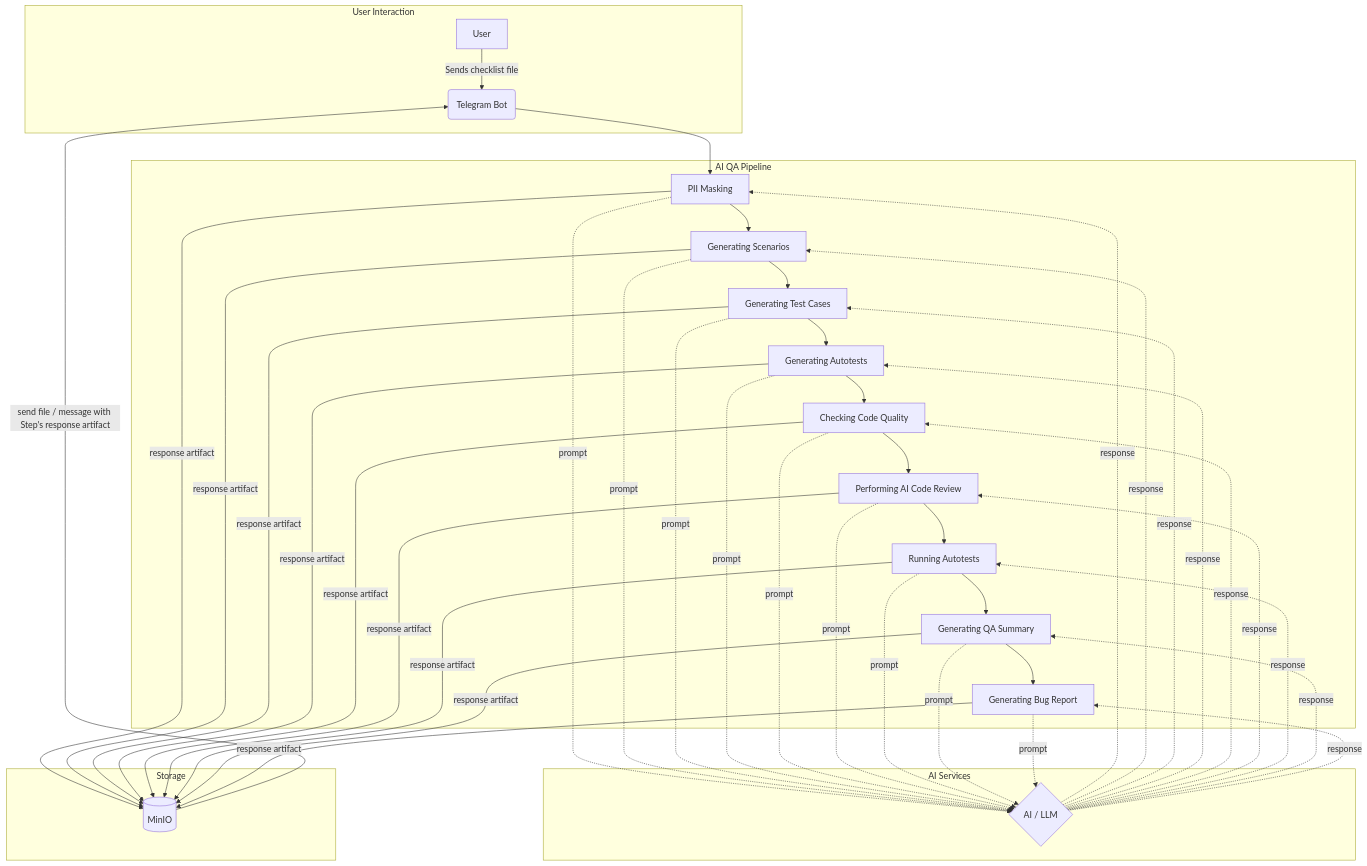
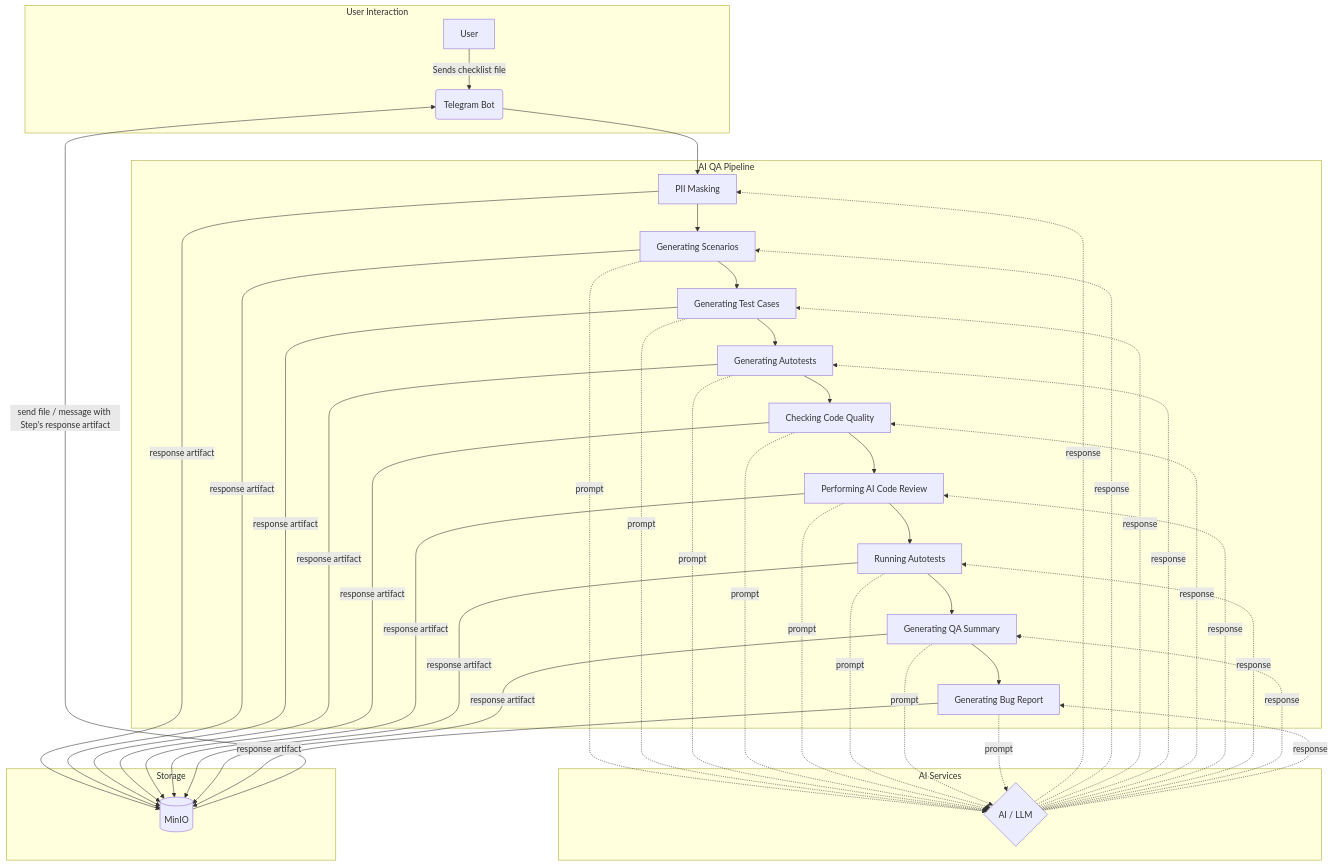
One commit to Gellershtein/chatops_ai_qa_pipeline changed the diagram in README.md. Above: the diagram before and after it, drawn with Mermaid.

````diff
--- a/README.md
+++ b/README.md
@@ -9,66 +9,65 @@
 ```mermaid
 graph TD
     subgraph User Interaction
         A[User] -->|Sends checklist file| B(Telegram Bot)
     end
 
     subgraph AI QA Pipeline
         D[PII Masking]
         E[Generating Scenarios]
         F[Generating Test Cases]
         G[Generating Autotests]
         H[Checking Code Quality]
         I[Performing AI Code Review]
         J[Running Autotests]
         K[Generating QA Summary]
         L[Generating Bug Report]
     end
 
     subgraph AI Services
         C{AI / LLM}
     end
 
     subgraph Storage
         M[(MinIO)]
     end
 
     %% Pipeline control flow
     B --> D
     D --> E --> F --> G --> H --> I --> J --> K --> L
 
     %% Each step uses LLM
-    D -.->|prompt| C
     E -.->|prompt| C
     F -.->|prompt| C
     G -.->|prompt| C
     H -.->|prompt| C
     I -.->|prompt| C
     J -.->|prompt| C
     K -.->|prompt| C
     L -.->|prompt| C
 
     C -.->|response| D
     C -.->|response| E
     C -.->|response| F
     C -.->|response| G
     C -.->|response| H
     C -.->|response| I
     C -.->|response| J
     C -.->|response| K
     C -.->|response| L
 
     %% Artifact persistence per step
     D -->|response artifact| M
     E -->|response artifact| M
     F -->|response artifact| M
     G -->|response artifact| M
     H -->|response artifact| M
     I -->|response artifact| M
     J -->|response artifact| M
     K -->|response artifact| M
     L -->|response artifact| M
 
     %% Bot delivers artifacts to user
     M -->|send file / message with Step's response artifact| B
 
 ```
````
